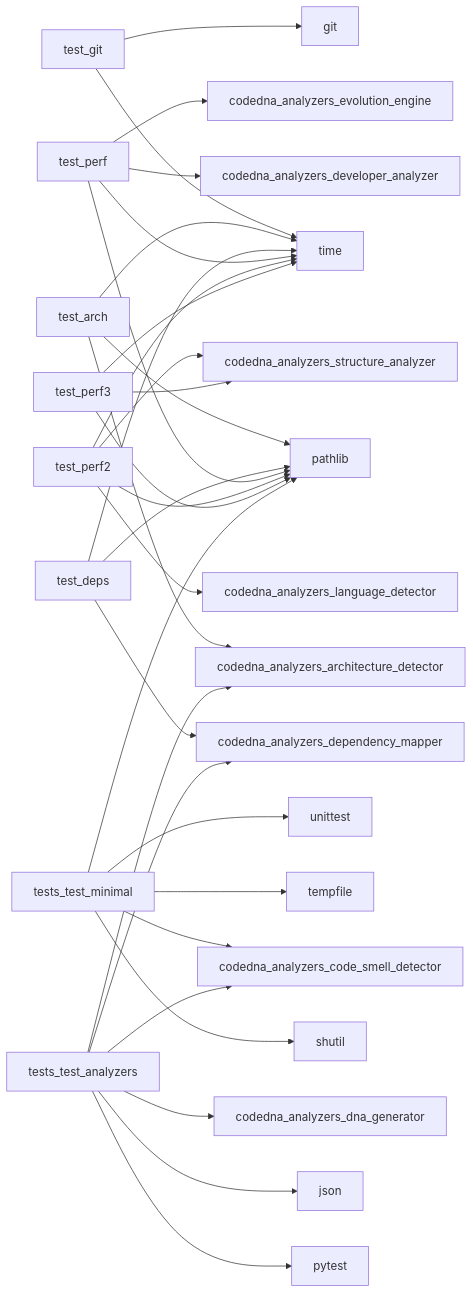
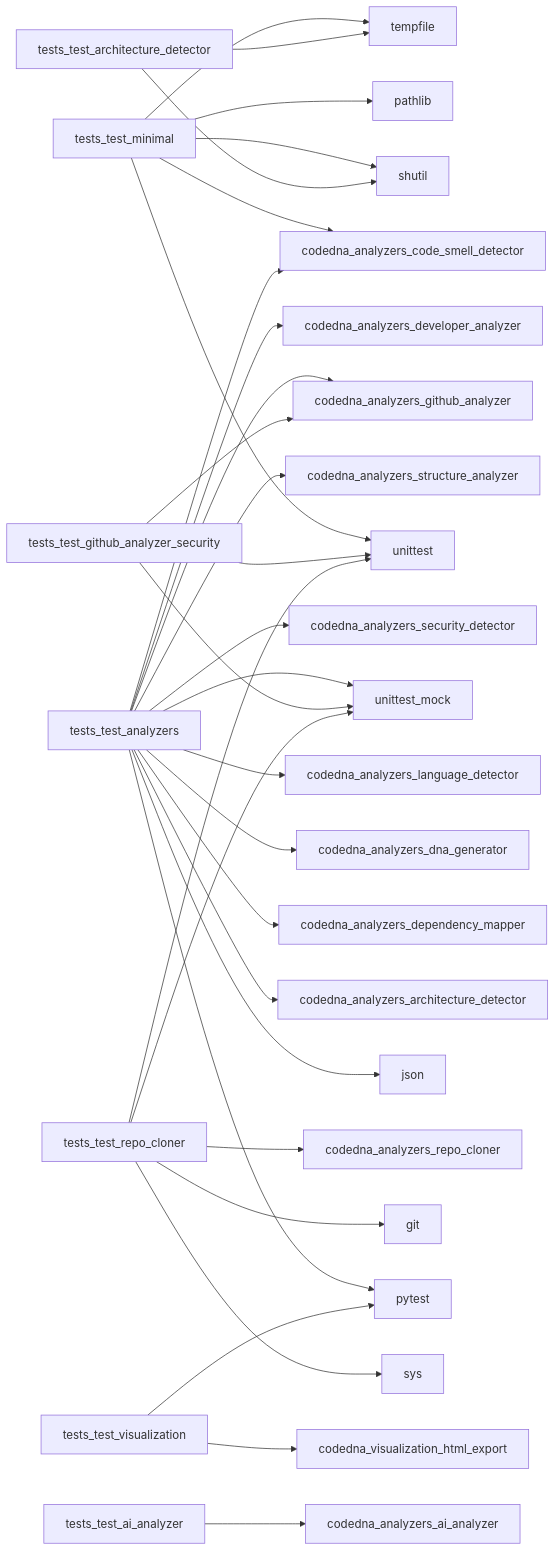
Before and after one commit to shenald-dev/codedna: the diagram in reports/dna_report.md, drawn with Mermaid. The commit also changed other lines of this file and 5 other files, not shown here.

First line of the commit message:
fix(analyzers): add tformat prefix to Git log commands

````diff
--- a/reports/dna_report.md
+++ b/reports/dna_report.md
@@ -51,33 +50,33 @@
 ```mermaid
 graph LR
-    test_git --> time
-    test_git --> git
-    test_arch --> time
-    test_arch --> pathlib
-    test_arch --> codedna_analyzers_architecture_detector
-    test_deps --> time
-    test_deps --> pathlib
-    test_deps --> codedna_analyzers_dependency_mapper
-    test_perf --> time
-    test_perf --> pathlib
-    test_perf --> codedna_analyzers_developer_analyzer
-    test_perf --> codedna_analyzers_evolution_engine
-    test_perf2 --> time
-    test_perf2 --> pathlib
-    test_perf2 --> codedna_analyzers_structure_analyzer
-    test_perf2 --> codedna_analyzers_language_detector
-    test_perf3 --> time
-    test_perf3 --> pathlib
-    test_perf3 --> codedna_analyzers_structure_analyzer
     tests_test_minimal --> shutil
     tests_test_minimal --> tempfile
     tests_test_minimal --> unittest
     tests_test_minimal --> pathlib
     tests_test_minimal --> codedna_analyzers_code_smell_detector
     tests_test_analyzers --> pytest
     tests_test_analyzers --> json
     tests_test_analyzers --> codedna_analyzers_architecture_detector
     tests_test_analyzers --> codedna_analyzers_code_smell_detector
     tests_test_analyzers --> codedna_analyzers_dependency_mapper
     tests_test_analyzers --> codedna_analyzers_dna_generator
+    tests_test_analyzers --> codedna_analyzers_github_analyzer
+    tests_test_analyzers --> codedna_analyzers_language_detector
+    tests_test_analyzers --> codedna_analyzers_security_detector
+    tests_test_analyzers --> codedna_analyzers_structure_analyzer
+    tests_test_analyzers --> codedna_analyzers_developer_analyzer
+    tests_test_analyzers --> unittest_mock
+    tests_test_visualization --> pytest
+    tests_test_visualization --> codedna_visualization_html_export
+    tests_test_github_analyzer_security --> unittest
+    tests_test_github_analyzer_security --> unittest_mock
+    tests_test_github_analyzer_security --> codedna_analyzers_github_analyzer
+    tests_test_ai_analyzer --> codedna_analyzers_ai_analyzer
+    tests_test_repo_cloner --> sys
+    tests_test_repo_cloner --> unittest
+    tests_test_repo_cloner --> git
+    tests_test_repo_cloner --> unittest_mock
+    tests_test_repo_cloner --> codedna_analyzers_repo_cloner
+    tests_test_architecture_detector --> shutil
+    tests_test_architecture_detector --> tempfile
 ```
````
